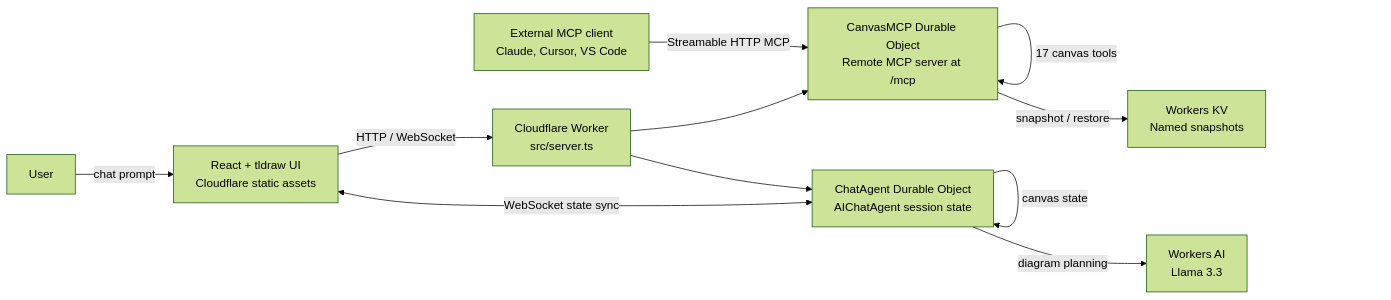
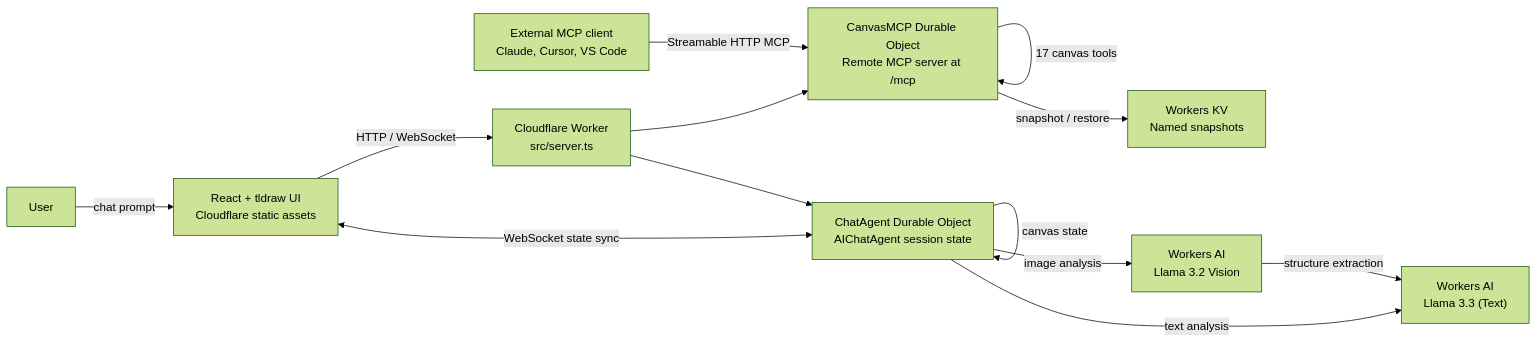
Before and after one commit to Mihai-Codes/cf_ai_canvas: the diagram in README.md, drawn with Mermaid (forest theme). The commit also changed other lines of this file and 1 other file, not shown here.

````diff
--- a/README.md
+++ b/README.md
@@ -25,29 +25,33 @@
 ```mermaid
 flowchart LR
   user["User"]
   mcpClient["External MCP client
 Claude, Cursor, VS Code"]
   frontend["React + tldraw UI
 Cloudflare static assets"]
   worker["Cloudflare Worker
 src/server.ts"]
   chat["ChatAgent Durable Object
 AIChatAgent session state"]
   mcp["CanvasMCP Durable Object
 Remote MCP server at /mcp"]
-  ai["Workers AI
-Llama 3.3"]
+  aiText["Workers AI
+Llama 3.3 (Text)"]
+  aiVision["Workers AI
+Llama 3.2 Vision"]
   kv["Workers KV
 Named snapshots"]
 
   user -->|"chat prompt"| frontend
   frontend <-->|"WebSocket state sync"| chat
   frontend -->|"HTTP / WebSocket"| worker
   worker --> chat
   worker --> mcp
-  chat -->|"diagram planning"| ai
+  chat -->|"text analysis"| aiText
+  chat -->|"image analysis"| aiVision
+  aiVision -->|"structure extraction"| aiText
   chat -->|"canvas state"| chat
   mcpClient -->|"Streamable HTTP MCP"| mcp
   mcp -->|"snapshot / restore"| kv
   mcp -->|"17 canvas tools"| mcp
 ```
````
